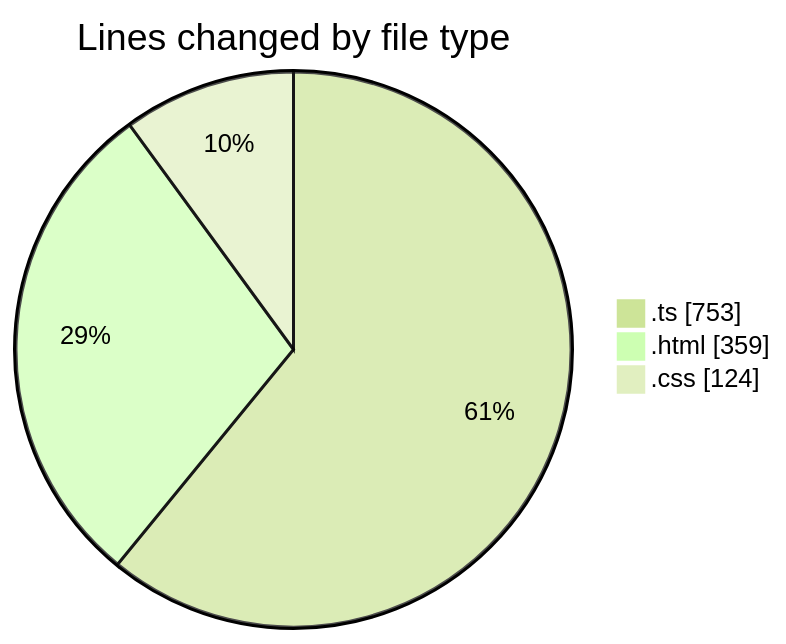
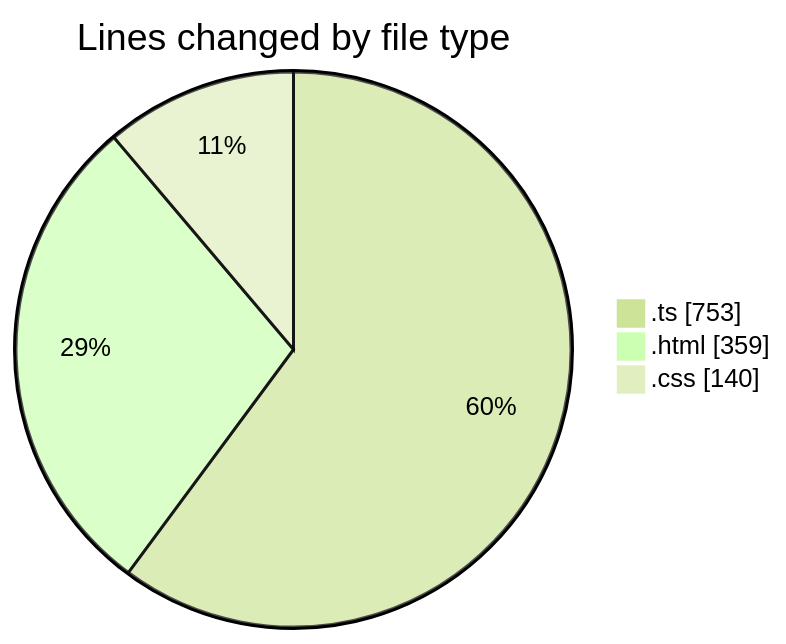
The first of 2 diagrams in 2026-01-05/budget_front_nest/README.md (igalym/code-tracking), drawn with Mermaid (forest theme) before and after one commit. The commit also changed other lines of this file and 1 other file, not shown here.

````diff
--- a/2026-01-05/budget_front_nest/README.md
+++ b/2026-01-05/budget_front_nest/README.md
@@ -24,7 +24,7 @@
 ```mermaid
 pie showData
 title Lines changed by file type
 ".ts" : 753
 ".html" : 359
-".css" : 124
+".css" : 140
 ```
````
